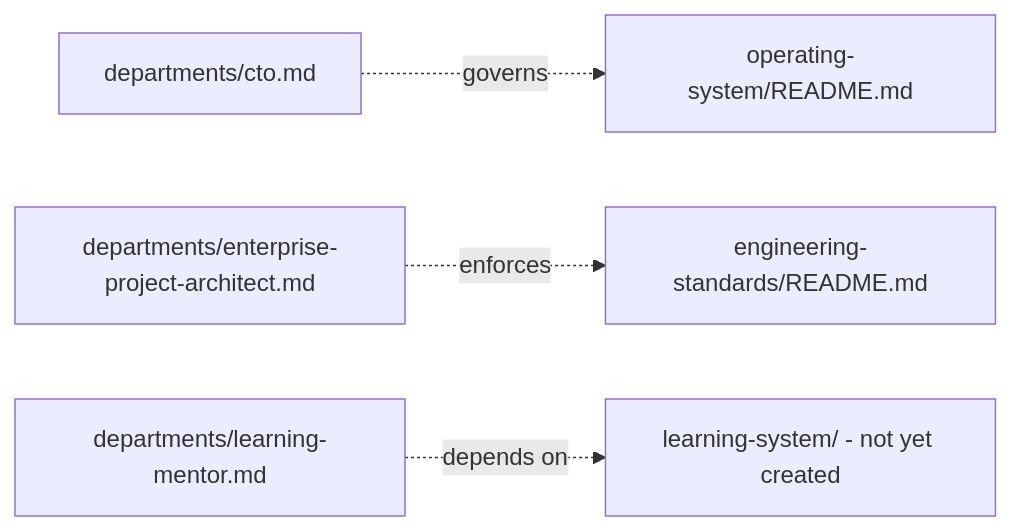
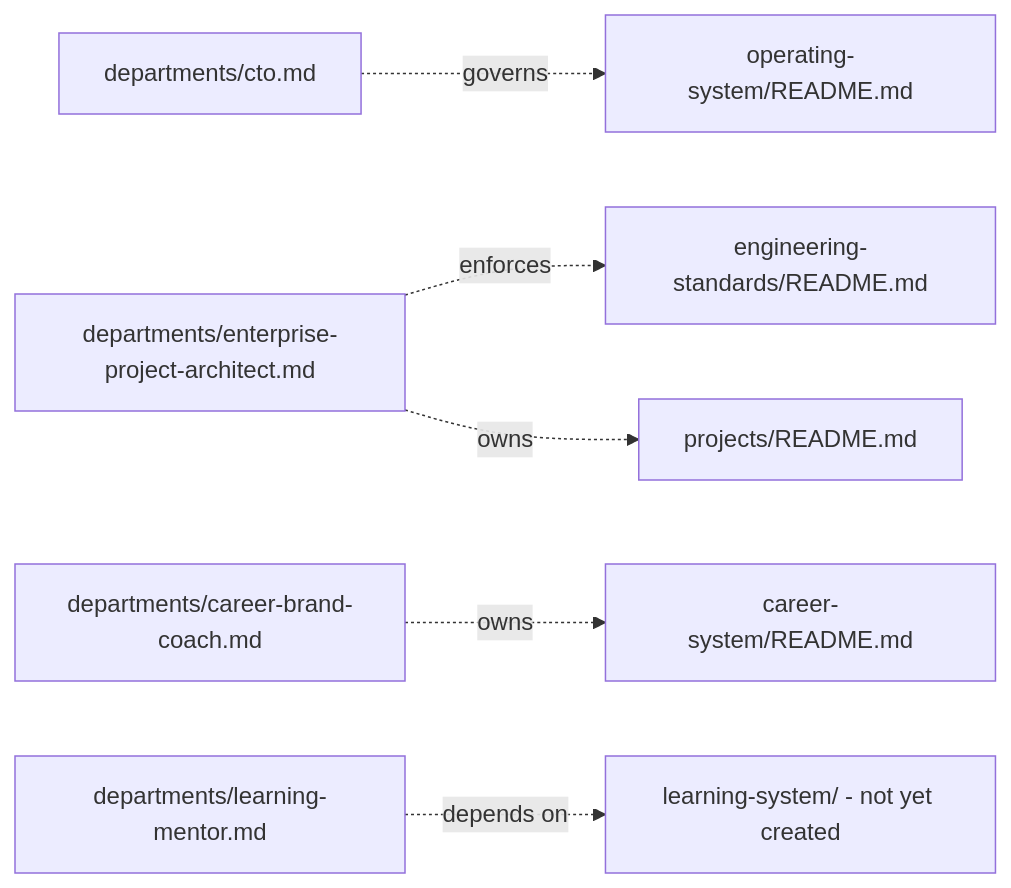
The sixth of 7 diagrams in docs/document-map.md (AI-DSOS/AI-Data-Science-Operating-System), drawn with Mermaid before and after one commit. The commit also changed other lines of this file and 11 other files, not shown here.

First line of the commit message:
Phase 8: Career System

````diff
--- a/docs/document-map.md
+++ b/docs/document-map.md
@@ -146,6 +165,8 @@
 ```mermaid
 graph LR
     CTO[departments/cto.md] -.governs.-> OS[operating-system/README.md]
     EPA[departments/enterprise-project-architect.md] -.enforces.-> ES[engineering-standards/README.md]
+    EPA -.owns.-> PL[projects/README.md]
+    CBC[departments/career-brand-coach.md] -.owns.-> CS[career-system/README.md]
     LM2[departments/learning-mentor.md] -.depends on.-> LSystem[learning-system/ - not yet created]
 ```
````
